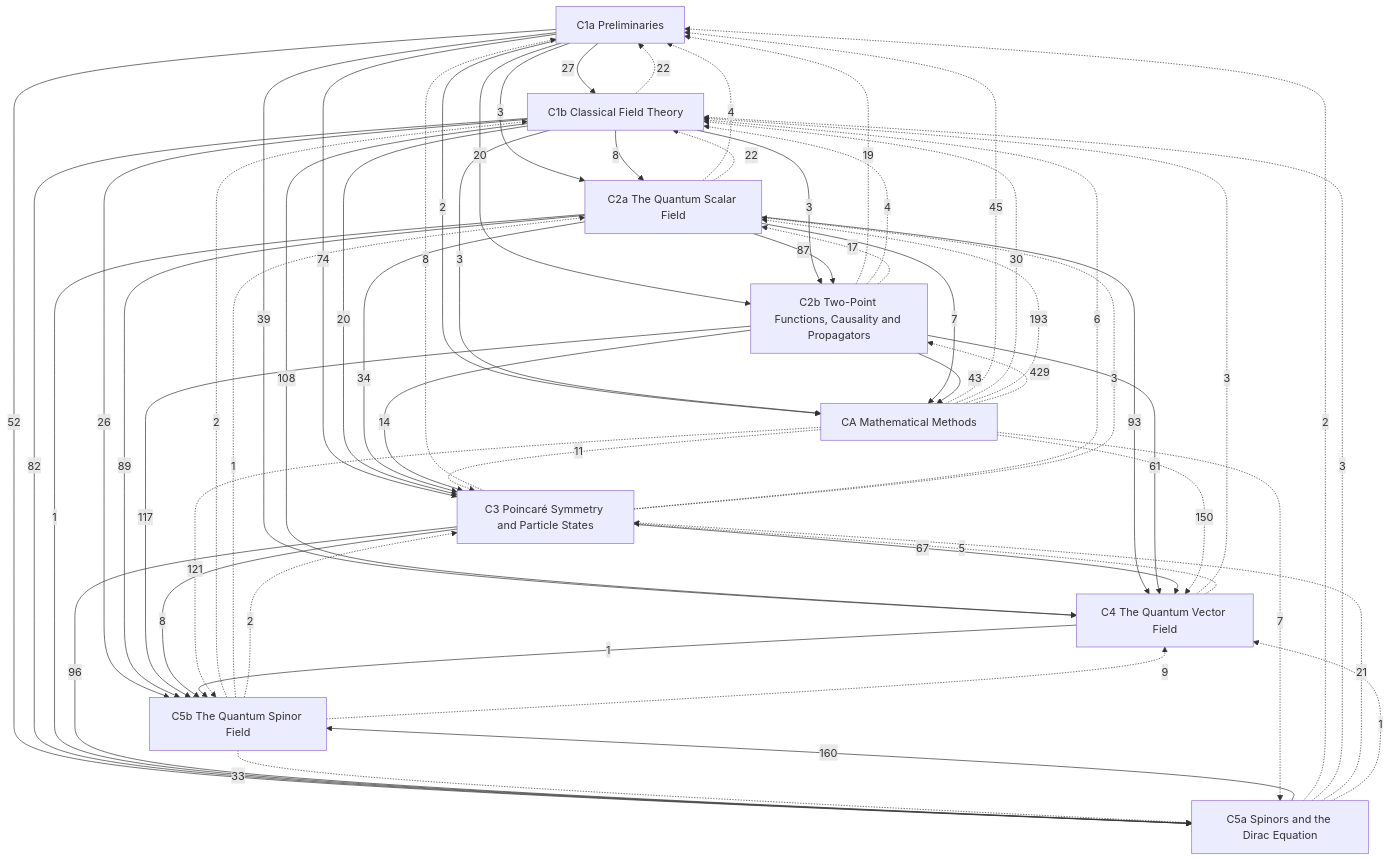
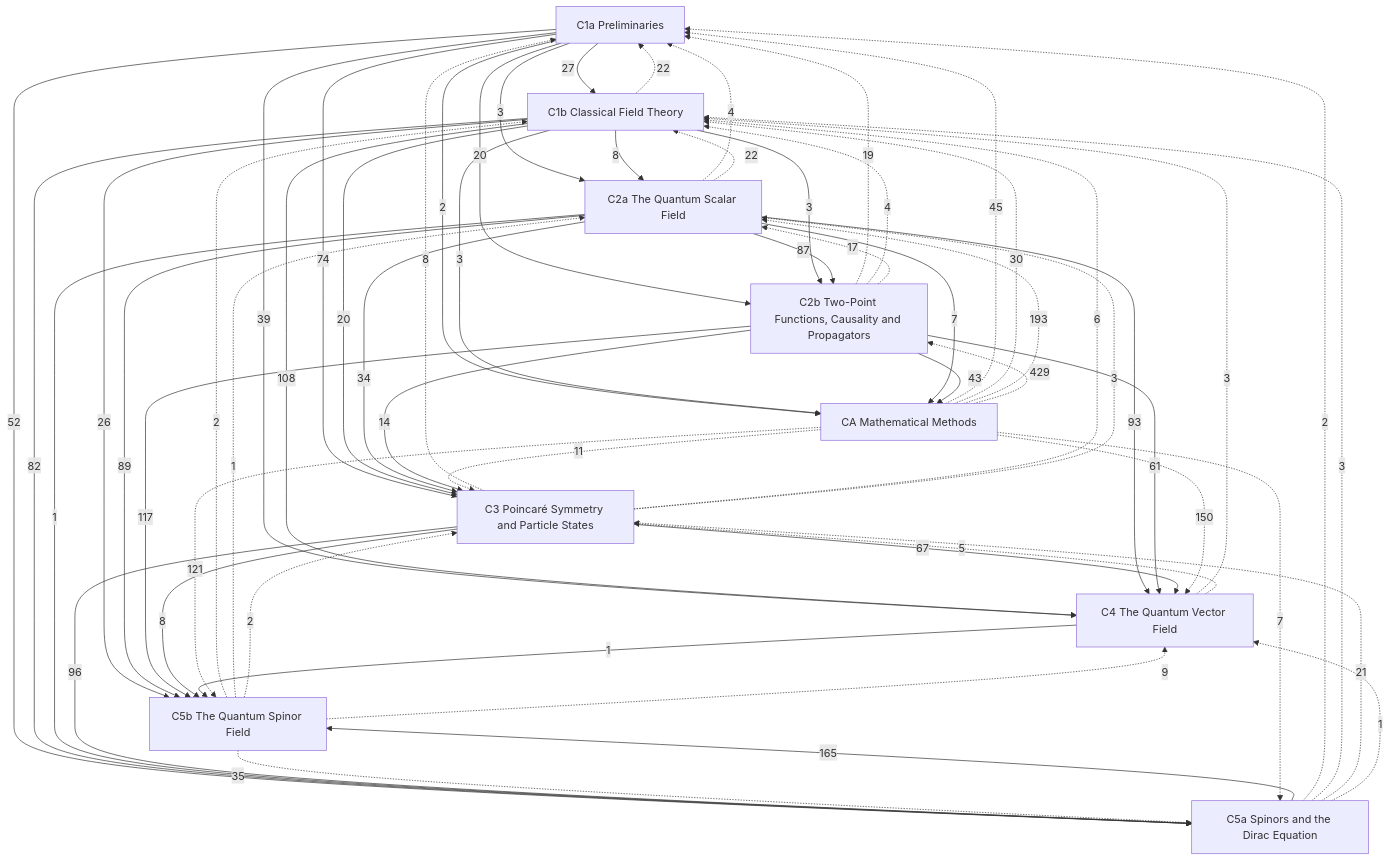
One commit to Onion20040508/notes changed the diagram in Physics/Quantum Field Theory/Quantum Field Theory.md. Above: the diagram before and after it, drawn with Mermaid. The commit also changed 8 other files, not shown here.

````diff
--- a/Physics/Quantum Field Theory/Quantum Field Theory.md
+++ b/Physics/Quantum Field Theory/Quantum Field Theory.md
@@ -28,69 +28,69 @@
 ```mermaid
 graph TD
   C1a["C1a Preliminaries"]
   C1b["C1b Classical Field Theory"]
   C2a["C2a The Quantum Scalar Field"]
   C2b["C2b Two-Point Functions, Causality and Propagators"]
   C3["C3 Poincaré Symmetry and Particle States"]
   C4["C4 The Quantum Vector Field"]
   C5a["C5a Spinors and the Dirac Equation"]
   C5b["C5b The Quantum Spinor Field"]
   CA["CA Mathematical Methods"]
   C1a -->|27| C1b
   C1a -->|3| C2a
   C1b -->|8| C2a
   C1a -->|20| C2b
   C1b -->|3| C2b
   C2a -->|87| C2b
   C1a -->|74| C3
   C1b -->|20| C3
   C2a -->|34| C3
   C2b -->|14| C3
   C1a -->|39| C4
   C1b -->|108| C4
   C2a -->|93| C4
   C2b -->|61| C4
   C3 -->|67| C4
   C1a -->|52| C5a
   C1b -->|82| C5a
   C2a -->|1| C5a
   C3 -->|96| C5a
   C1b -->|26| C5b
   C2a -->|89| C5b
   C2b -->|117| C5b
   C3 -->|8| C5b
   C4 -->|1| C5b
-  C5a -->|160| C5b
+  C5a -->|165| C5b
   C1a -->|2| CA
   C1b -->|3| CA
   C2a -->|7| CA
   C2b -->|43| CA
   C1b -.->|22| C1a
   C2a -.->|4| C1a
   C2b -.->|19| C1a
   C3 -.->|8| C1a
   C5a -.->|2| C1a
   CA -.->|45| C1a
   C2a -.->|22| C1b
   C2b -.->|4| C1b
   C3 -.->|6| C1b
   C4 -.->|3| C1b
   C5a -.->|3| C1b
   C5b -.->|2| C1b
   CA -.->|30| C1b
   C2b -.->|17| C2a
   C3 -.->|3| C2a
   C5b -.->|1| C2a
   CA -.->|193| C2a
   CA -.->|429| C2b
   C4 -.->|5| C3
   C5a -.->|21| C3
   C5b -.->|2| C3
   CA -.->|11| C3
   C5a -.->|1| C4
   C5b -.->|9| C4
   CA -.->|150| C4
-  C5b -.->|33| C5a
+  C5b -.->|35| C5a
   CA -.->|7| C5a
   CA -.->|121| C5b
 ```
````
